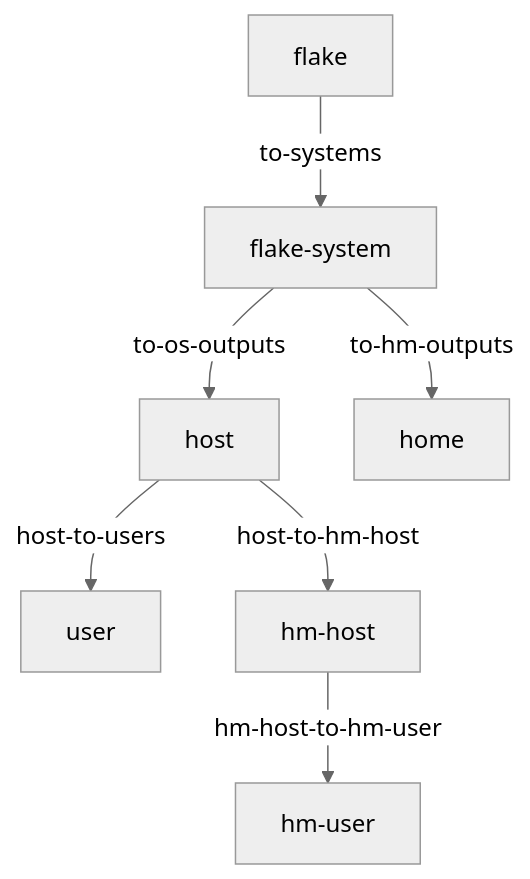
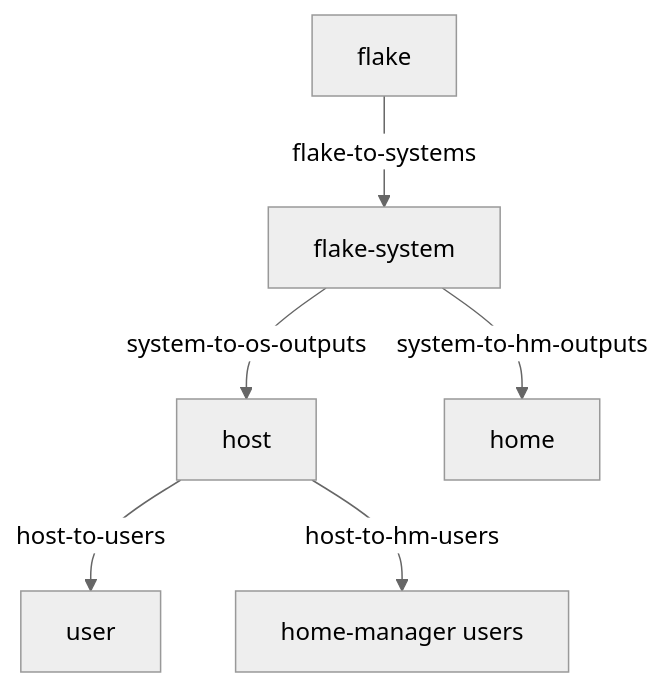
Before and after one commit to denful/den: the diagram in docs/src/content/docs/explanation/policies.mdx, drawn with Mermaid (neutral theme). The commit also changed other lines of this file and 56 other files, not shown here.

````diff
--- a/docs/src/content/docs/explanation/policies.mdx
+++ b/docs/src/content/docs/explanation/policies.mdx
@@ -37,9 +38,8 @@
 ```mermaid
 flowchart TD
-  flake["flake"] -->|to-systems| system["flake-system"]
-  system -->|to-os-outputs| host["host"]
-  system -->|to-hm-outputs| home["home"]
+  flake["flake"] -->|flake-to-systems| system["flake-system"]
+  system -->|system-to-os-outputs| host["host"]
+  system -->|system-to-hm-outputs| home["home"]
   host -->|host-to-users| user["user"]
-  host -->|host-to-hm-host| hmhost["hm-host"]
-  hmhost -->|hm-host-to-hm-user| hmuser["hm-user"]
+  host -->|host-to-hm-users| hmuser["home-manager users"]
 ```
````
